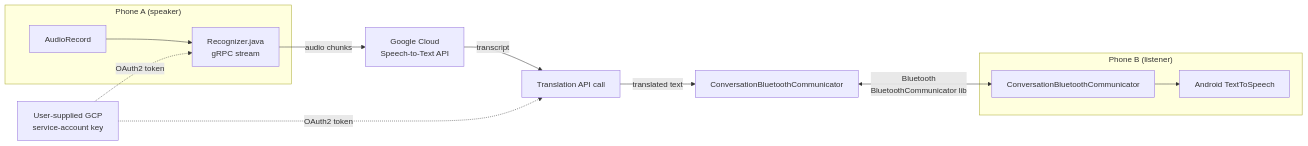
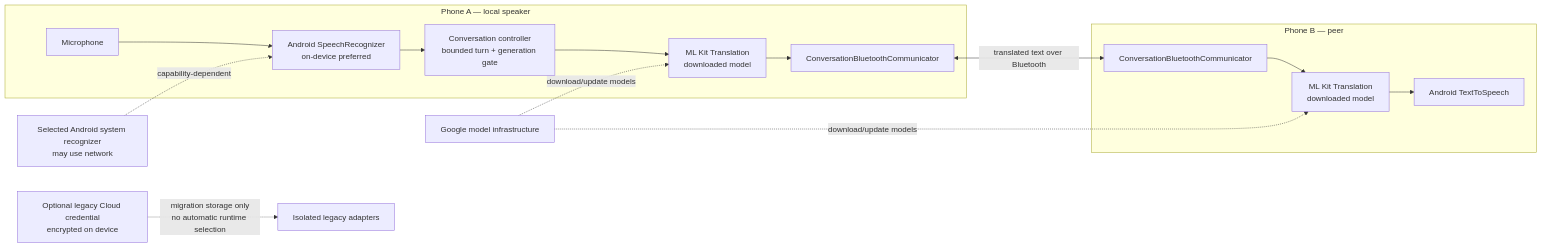
Before and after one commit to danghoangsqtt-sys/Mini_app_translator: the diagram in .viepilot/architecture/system-overview.mermaid, drawn with Mermaid. The commit also changed 17 other files, not shown here.

Commit message:
fix(migration): make legacy cloud explicitly optional

```diff
--- a/.viepilot/architecture/system-overview.mermaid
+++ b/.viepilot/architecture/system-overview.mermaid
@@ -1,17 +1,20 @@
 flowchart LR
-    subgraph PhoneA["Phone A (speaker)"]
-        MicA[AudioRecord] --> RecA[Recognizer.java\ngRPC stream]
+    subgraph PhoneA["Phone A — local speaker"]
+        MicA[Microphone] --> SpeechA[Android SpeechRecognizer\non-device preferred]
+        SpeechA --> ControllerA[Conversation controller\nbounded turn + generation gate]
+        ControllerA --> MlKitA[ML Kit Translation\ndownloaded model]
+        MlKitA --> BTA[ConversationBluetoothCommunicator]
     end
 
-    RecA -->|audio chunks| STT[Google Cloud\nSpeech-to-Text API]
-    STT -->|transcript| TransA[Translation API call]
-    TransA -->|translated text| BTA[ConversationBluetoothCommunicator]
+    BTA <-->|translated text over Bluetooth| BTB[ConversationBluetoothCommunicator]
 
-    BTA <-->|Bluetooth\nBluetoothCommunicator lib| BTB[ConversationBluetoothCommunicator]
-
-    subgraph PhoneB["Phone B (listener)"]
-        BTB --> TTS[Android TextToSpeech]
+    subgraph PhoneB["Phone B — peer"]
+        BTB --> MlKitB[ML Kit Translation\ndownloaded model]
+        MlKitB --> TTSB[Android TextToSpeech]
     end
 
-    KeyFile[User-supplied GCP\nservice-account key] -.OAuth2 token.-> RecA
-    KeyFile -.OAuth2 token.-> TransA
+    ModelService[Google model infrastructure] -.download/update models.-> MlKitA
+    ModelService -.download/update models.-> MlKitB
+    SystemSpeech[Selected Android system recognizer\nmay use network] -.capability-dependent.-> SpeechA
+
+    LegacyKey[Optional legacy Cloud credential\nencrypted on device] -.migration storage only\nno automatic runtime selection.-> Legacy[Isolated legacy adapters]
```
